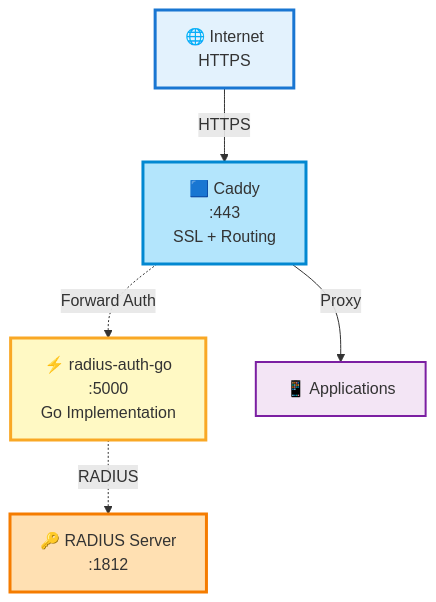
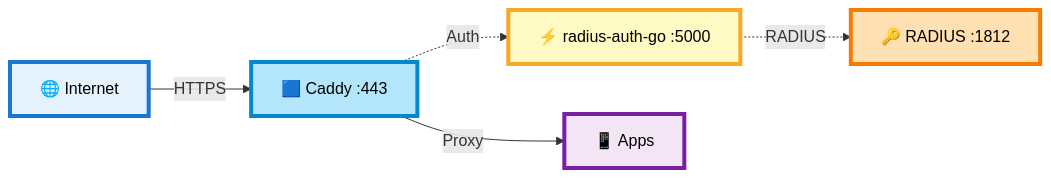
One commit to okigan/revproxauth changed the second of 4 diagrams in README.md. Above: the diagram before and after it, drawn with Mermaid. The commit also changed other lines of this file, not shown here.

First line of the commit message:
Refactor README mermaid diagrams: switch to LR layout, simplify nodes & unify styling

````diff
--- a/README.md
+++ b/README.md
@@ -82,19 +82,19 @@
 ```mermaid
-graph TB
-    Internet["🌐 Internet<br/>HTTPS"]
-    Caddy["🟦 Caddy<br/>:443<br/>SSL + Routing"]
-    AuthGo["⚡ radius-auth-go<br/>:5000<br/>Go Implementation"]
-    RADIUS["🔑 RADIUS Server<br/>:1812"]
-    Apps["📱 Applications"]
+graph LR
+    A["🌐 Internet"] 
+    B["🟦 Caddy :443"]
+    C["⚡ radius-auth-go :5000"]
+    D["🔑 RADIUS :1812"]
+    E["📱 Apps"]
     
-    Internet -->|HTTPS| Caddy
-    Caddy -.->|Forward Auth| AuthGo
-    AuthGo -.->|RADIUS| RADIUS
-    Caddy -->|Proxy| Apps
+    A -->|HTTPS| B
+    B -.->|Auth| C
+    C -.->|RADIUS| D
+    B -->|Proxy| E
     
-    style Internet fill:#e3f2fd,stroke:#1976d2,stroke-width:3px
-    style Caddy fill:#b3e5fc,stroke:#0288d1,stroke-width:3px
-    style AuthGo fill:#fff9c4,stroke:#f9a825,stroke-width:3px
-    style RADIUS fill:#ffe0b2,stroke:#f57c00,stroke-width:3px
-    style Apps fill:#f3e5f5,stroke:#7b1fa2,stroke-width:2px
+    style A fill:#e3f2fd,stroke:#1976d2,stroke-width:4px,color:#000
+    style B fill:#b3e5fc,stroke:#0288d1,stroke-width:4px,color:#000
+    style C fill:#fff9c4,stroke:#f9a825,stroke-width:4px,color:#000
+    style D fill:#ffe0b2,stroke:#f57c00,stroke-width:4px,color:#000
+    style E fill:#f3e5f5,stroke:#7b1fa2,stroke-width:4px,color:#000
 ```
````
